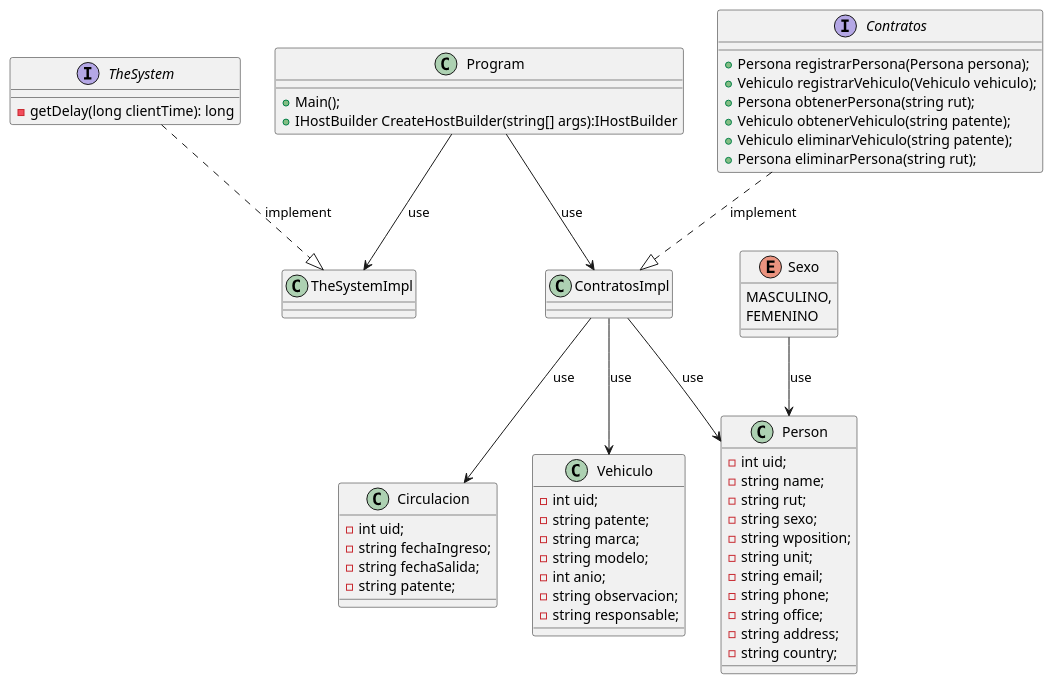
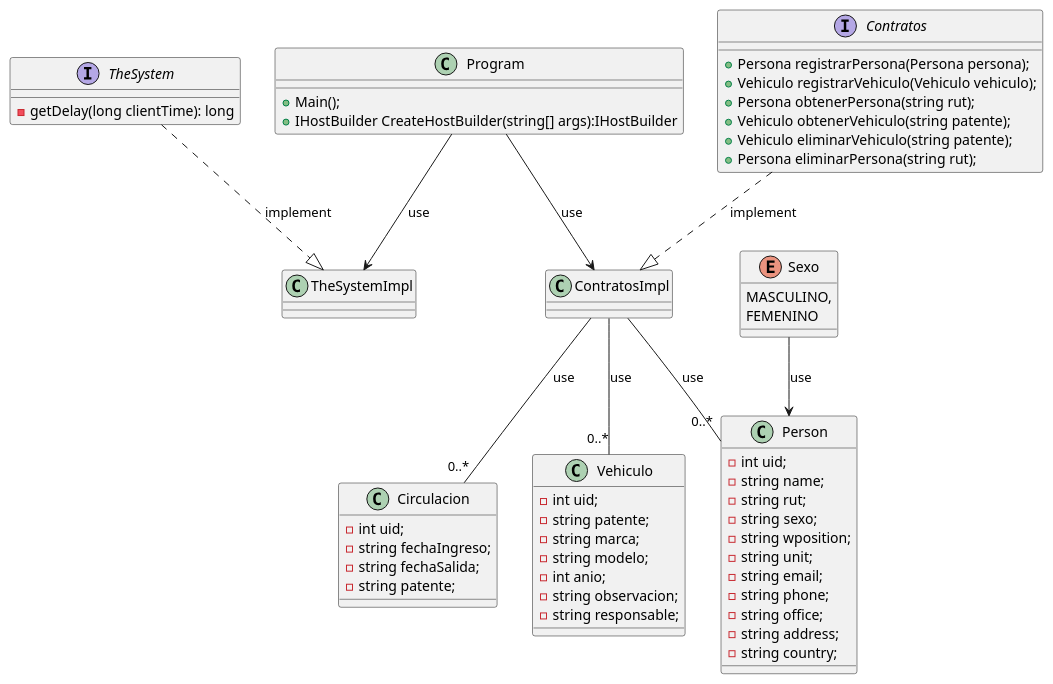
The diagram in parkingServerUCN/README.md (jzuletas005/ParkingUCN), drawn with PlantUML before and after one commit.

Commit message:
style(diagram):  updated uml diagram to README.md

```diff
--- a/parkingServerUCN/README.md
+++ b/parkingServerUCN/README.md
@@ -27,77 +27,77 @@
 @startuml
 interface TheSystem{
 - getDelay(long clientTime): long
 }
 
 interface Contratos{
 
 +Persona registrarPersona(Persona persona);
 +Vehiculo registrarVehiculo(Vehiculo vehiculo);
 +Persona obtenerPersona(string rut);
 +Vehiculo obtenerVehiculo(string patente);
 +Vehiculo eliminarVehiculo(string patente);
 +Persona eliminarPersona(string rut); 
 }
 
 class Circulacion {
 
 - int uid;
 - string fechaIngreso;
 - string fechaSalida;
 - string patente;
 }
 
 class Vehiculo{ 
 -int uid;
 -string patente;
 -string marca;
 -string modelo;
 -int anio;
 -string observacion;
 -string responsable;
 }
 
 enum Sexo{
 MASCULINO,
 FEMENINO
 }
 
 class Person{
 
 - int uid;
 - string name; 
 - string rut; 
 - string sexo; 
 - string wposition;
 - string unit;
 - string email; 
 - string phone; 
 - string office; 
 - string address;
 - string country;
 }
 
 class ContratosImpl{
 
 }
 
 class TheSystemImpl{
 
 }
 
 
 class Program{
 
 +Main();
 +IHostBuilder CreateHostBuilder(string[] args):IHostBuilder
 
 }
 Program-->TheSystemImpl: use
 Program-->ContratosImpl: use
-ContratosImpl-->Person:use
-ContratosImpl-->Vehiculo:use
-ContratosImpl-->Circulacion:use
+ContratosImpl--"0..*"Person:use
+ContratosImpl--"0..*"Vehiculo:use
+ContratosImpl--"0..*"Circulacion:use
 TheSystem..|>TheSystemImpl:implement
 Contratos..|>ContratosImpl:implement
 Sexo-->Person:use
 @enduml
```
